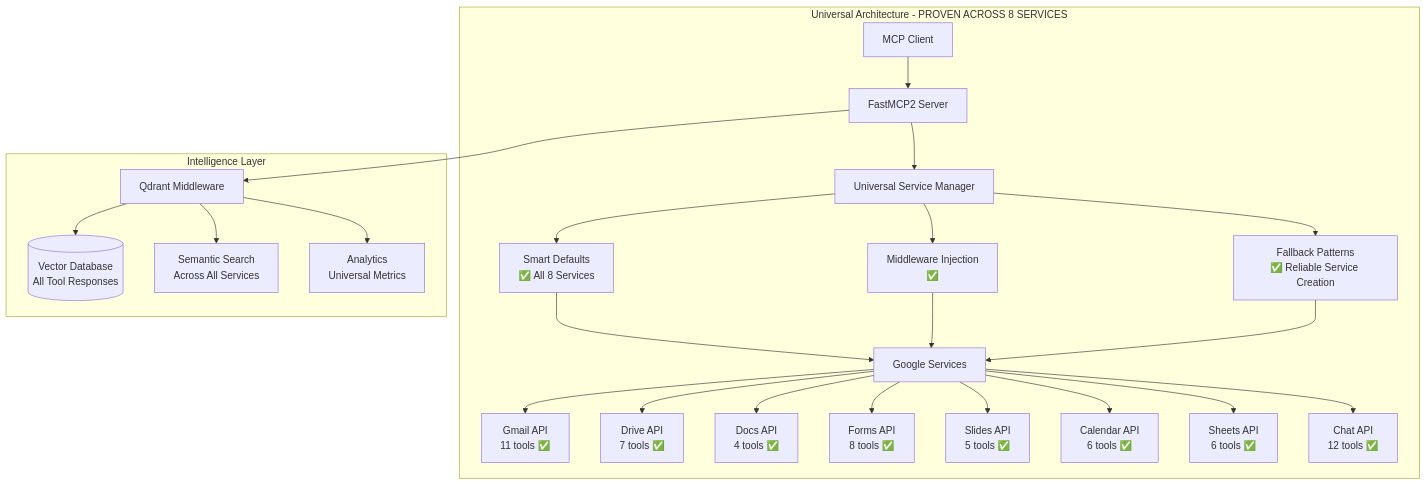
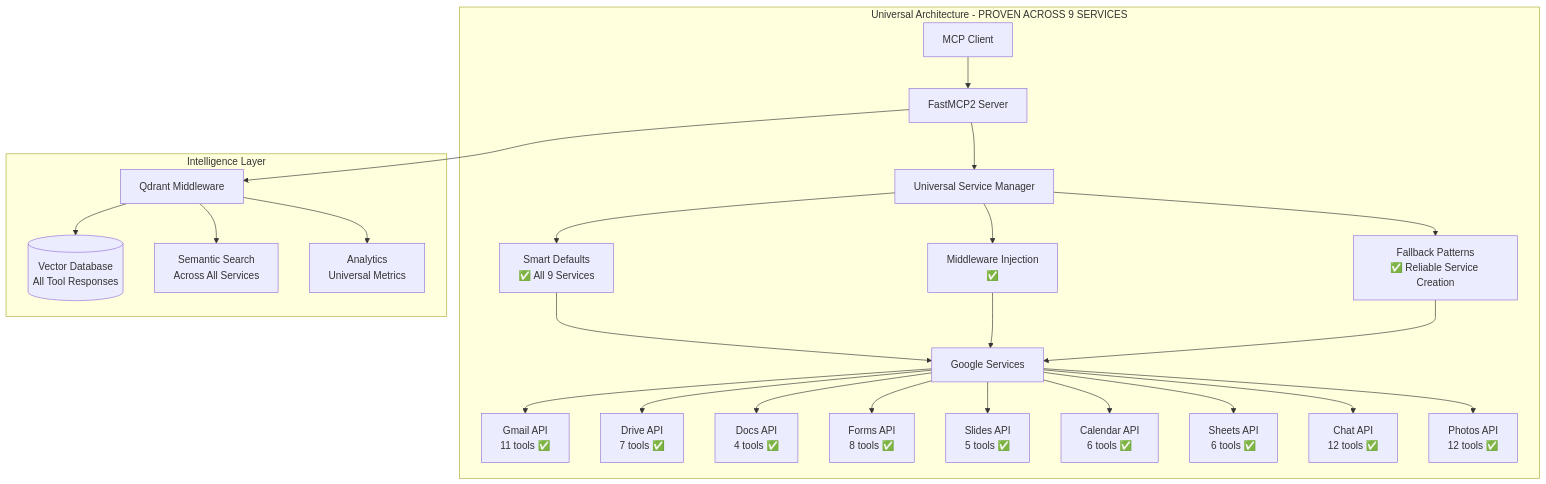
One commit to dipseth/google_workspace_fastmcp2 changed the fourth of 5 diagrams in README.md. Above: the diagram before and after it, drawn with Mermaid. The commit also changed other lines of this file and 21 other files, not shown here.

````diff
--- a/README.md
+++ b/README.md
@@ -332,32 +334,33 @@
 ```mermaid
 flowchart TB
-    subgraph "Universal Architecture - PROVEN ACROSS 8 SERVICES"
+    subgraph "Universal Architecture - PROVEN ACROSS 9 SERVICES"
         MC[MCP Client] --> FS[FastMCP2 Server]
         FS --> USM[Universal Service Manager]
         
-        USM --> SD[Smart Defaults<br/>✅ All 8 Services]
+        USM --> SD[Smart Defaults<br/>✅ All 9 Services]
         USM --> MI[Middleware Injection<br/>✅ ]
         USM --> FP[Fallback Patterns<br/>✅ Reliable Service Creation]
         
         SD --> GS[Google Services]
         MI --> GS
         FP --> GS
         
         GS --> Gmail[Gmail API<br/>11 tools ✅]
         GS --> Drive[Drive API<br/>7 tools ✅]
         GS --> Docs[Docs API<br/>4 tools ✅]
         GS --> Forms[Forms API<br/>8 tools ✅]
         GS --> Slides[Slides API<br/>5 tools ✅]
         GS --> Calendar[Calendar API<br/>6 tools ✅]
         GS --> Sheets[Sheets API<br/>6 tools ✅]
         GS --> Chat[Chat API<br/>12 tools ✅]
+        GS --> Photos[Photos API<br/>12 tools ✅]
     end
     
     subgraph "Intelligence Layer"
         QM[Qdrant Middleware] --> VDB[(Vector Database<br/>All Tool Responses)]
         QM --> SS[Semantic Search<br/>Across All Services]
         QM --> AN[Analytics<br/>Universal Metrics]
     end
     
     FS --> QM
 ```
````
